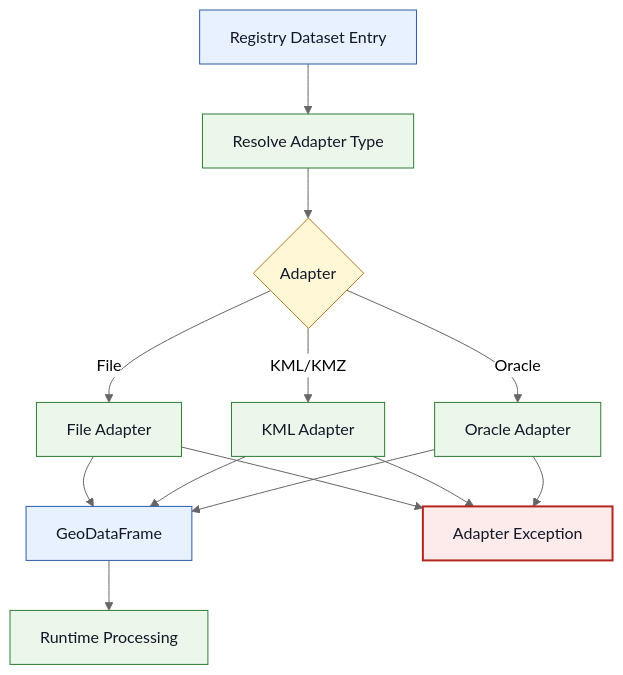
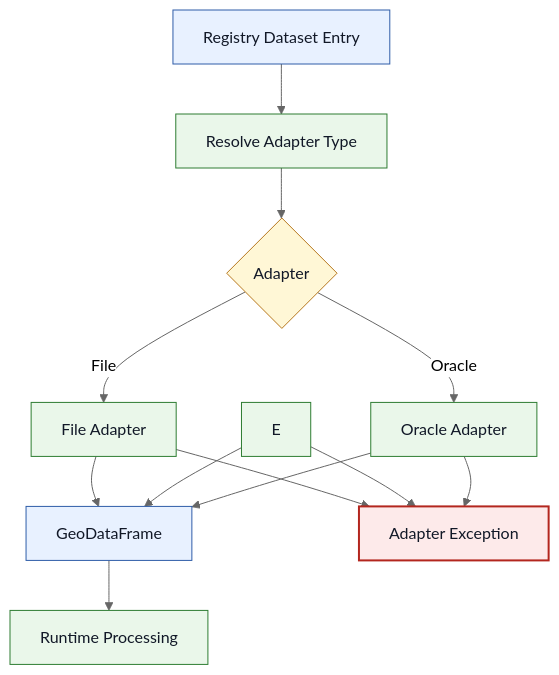
The fifth of 7 diagrams in ast_engine/README.md (bcgov/automated-statusing-tool), drawn with Mermaid (neutral theme) before and after one commit. The commit also changed other lines of this file, not shown here.

Commit message:
Testing section updated with key details, removed kml references.

````diff
--- a/ast_engine/README.md
+++ b/ast_engine/README.md
@@ -361,28 +359,27 @@
 ```mermaid
 flowchart TD
     A[Registry Dataset Entry] --> B[Resolve Adapter Type]
     B --> C{Adapter}
     C -->|File| D[File Adapter]
-    C -->|KML/KMZ| E[KML Adapter]
     C -->|Oracle| F[Oracle Adapter]
 
     D --> G[GeoDataFrame]
     E --> G
     F --> G
 
     G --> H[Runtime Processing]
 
     D --> X[Adapter Exception]
     E --> X
     F --> X
 
     class A,G objectNode
     class B,D,E,F,H processNode
     class C validationNode
     class X errorNode
 
     classDef objectNode fill:#E8F1FF,stroke:#2F5DA8,stroke-width:1px,color:#111827
     classDef processNode fill:#EAF7EA,stroke:#2E7D32,stroke-width:1px,color:#111827
     classDef validationNode fill:#FFF7D6,stroke:#B7791F,stroke-width:1px,color:#111827
     classDef errorNode fill:#FDEAEA,stroke:#B3261E,stroke-width:2px,color:#111827
 ```
````
